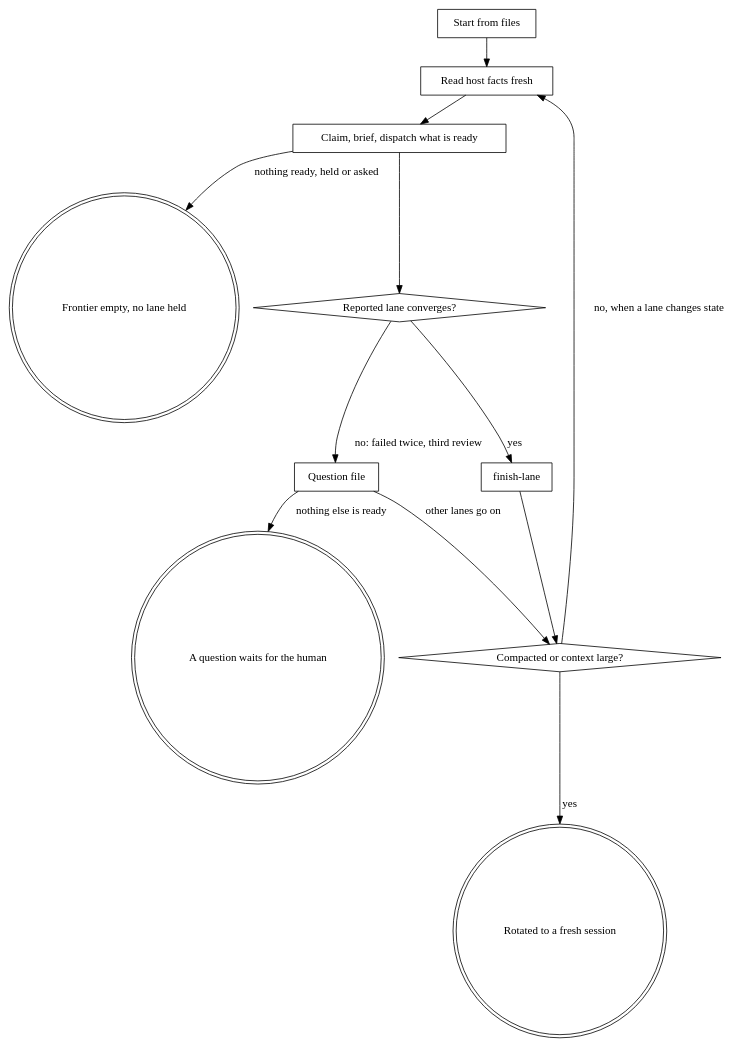
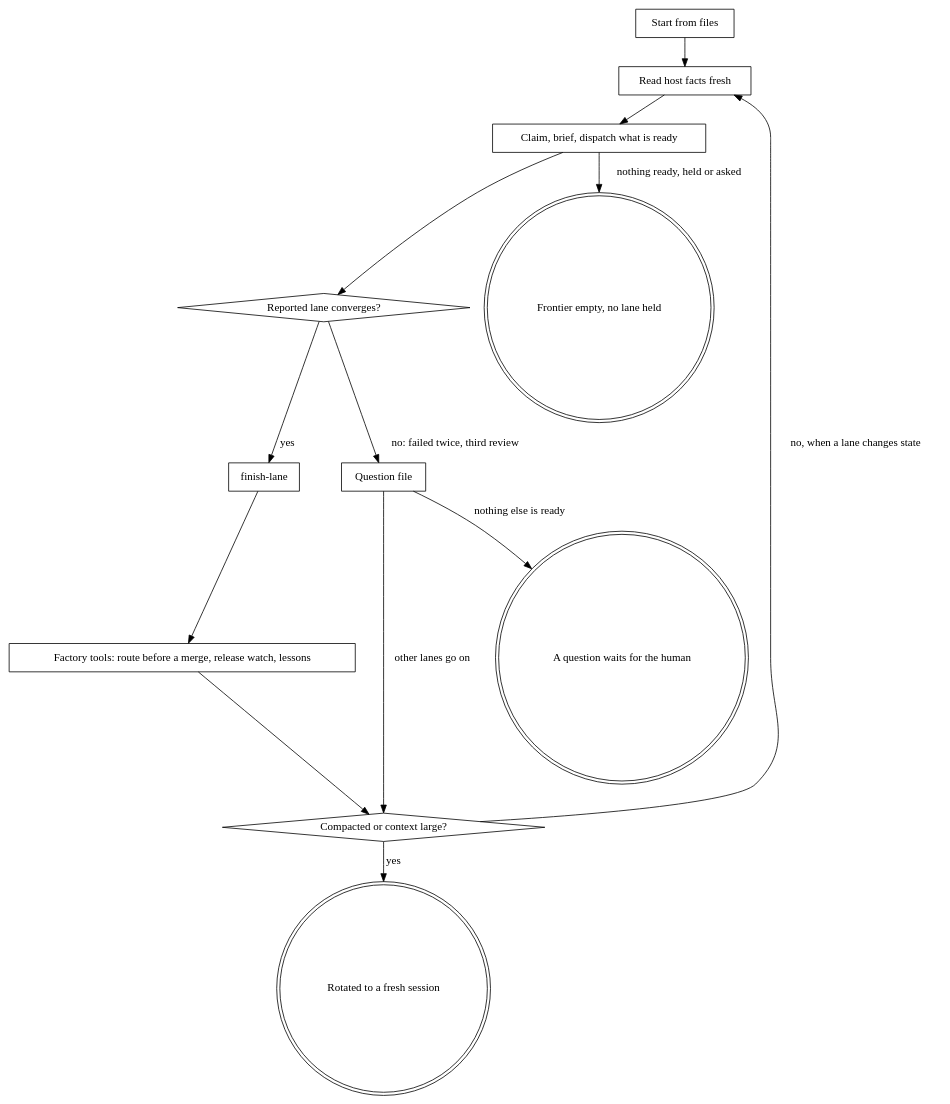
Before and after one commit to Yesterday-AI/ytstack: the diagram in skills/coordinate/SKILL.md, drawn with Graphviz. The commit also changed other lines of this file and 97 other files, not shown here.

First line of the commit message:
M031: factory tools explicit (risk route from the host, coordinator factory step and rotation, session notices, setup guide, external plans) (#66)

````diff
--- a/skills/coordinate/SKILL.md
+++ b/skills/coordinate/SKILL.md
@@ -52,24 +52,25 @@
 ```dot
 digraph coordinate {
     "Start from files" [shape=box];
     "Read host facts fresh" [shape=box];
     "Claim, brief, dispatch what is ready" [shape=box];
     "Reported lane converges?" [shape=diamond];
     "finish-lane" [shape=box];
+    "Factory tools: route before a merge, release watch, lessons" [shape=box];
     "Question file" [shape=box];
     "Compacted or context large?" [shape=diamond];
     "Frontier empty, no lane held" [shape=doublecircle];
     "A question waits for the human" [shape=doublecircle];
     "Rotated to a fresh session" [shape=doublecircle];
 
     "Start from files" -> "Read host facts fresh" -> "Claim, brief, dispatch what is ready" -> "Reported lane converges?";
     "Claim, brief, dispatch what is ready" -> "Frontier empty, no lane held" [label="nothing ready, held or asked"];
     "Reported lane converges?" -> "finish-lane" [label="yes"];
     "Reported lane converges?" -> "Question file" [label="no: failed twice, third review"];
     "Question file" -> "A question waits for the human" [label="nothing else is ready"];
-    "finish-lane" -> "Compacted or context large?";
+    "finish-lane" -> "Factory tools: route before a merge, release watch, lessons" -> "Compacted or context large?";
     "Question file" -> "Compacted or context large?" [label="other lanes go on"];
     "Compacted or context large?" -> "Rotated to a fresh session" [label="yes"];
     "Compacted or context large?" -> "Read host facts fresh" [label="no, when a lane changes state"];
 }
 ```
````
